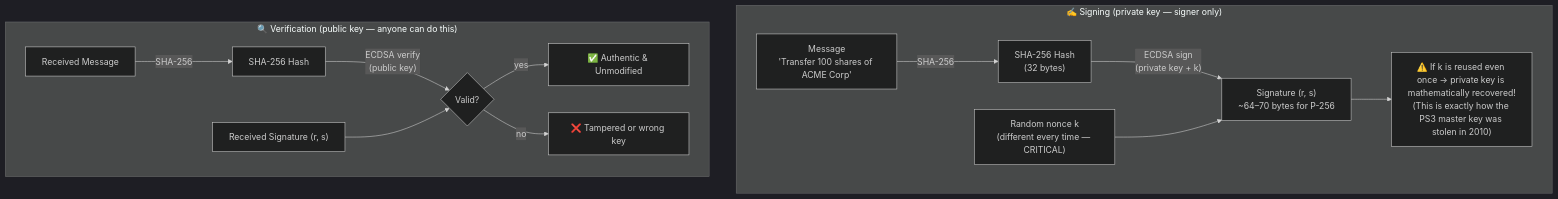
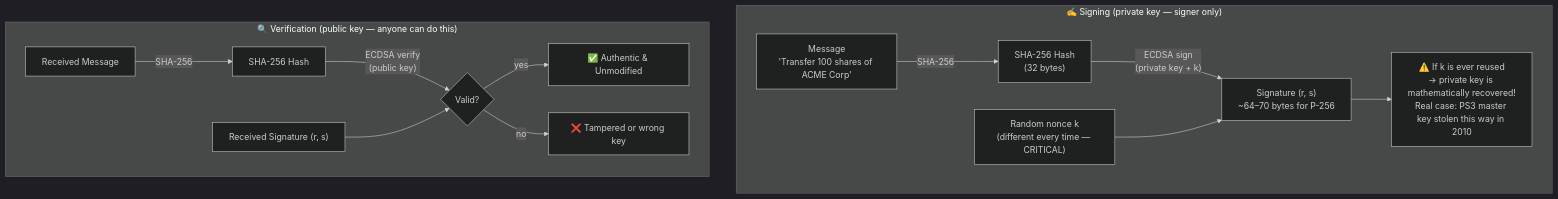
One commit to csoares/SecurityJava changed the first of 4 diagrams in src/main/java/security/ecc/README.md. Above: the diagram before and after it, drawn with Mermaid (dark theme). The commit also changed 10 other files, not shown here.

Commit message:
Refine README diagrams and descriptions for clarity and accuracy

````diff
--- a/src/main/java/security/ecc/README.md
+++ b/src/main/java/security/ecc/README.md
@@ -16,25 +16,25 @@
 ```mermaid
 flowchart TD
     subgraph Sign ["✍️ Signing  (private key — signer only)"]
         MSG["Message<br/>'Transfer 100 shares of ACME Corp'"]
         HASH["SHA-256 Hash<br/>(32 bytes)"]
         RND["Random nonce k<br/>(different every time — CRITICAL)"]
         SIG["Signature (r, s)<br/>~64–70 bytes for P-256"]
         MSG -->|"SHA-256"| HASH
         HASH -->|"ECDSA sign<br/>(private key + k)"| SIG
         RND --> SIG
-        SIG --> WARN["⚠️ If k is reused even once → private key is mathematically recovered!<br/>(This is exactly how the PS3 master key was stolen in 2010)"]
+        SIG --> WARN["⚠️ If k is ever reused<br/>→ private key is mathematically recovered!<br/>Real case: PS3 master key stolen this way in 2010"]
     end
 
     subgraph Verify ["🔍 Verification  (public key — anyone can do this)"]
         MSG2["Received Message"]
         SIG2["Received Signature (r, s)"]
         HASH2["SHA-256 Hash"]
         RESULT{"Valid?"}
         MSG2 -->|"SHA-256"| HASH2
         HASH2 -->|"ECDSA verify<br/>(public key)"| RESULT
         SIG2 --> RESULT
         RESULT -->|"yes"| OK["✅ Authentic & Unmodified"]
         RESULT -->|"no"| FAIL["❌ Tampered or wrong key"]
     end
 ```
````
